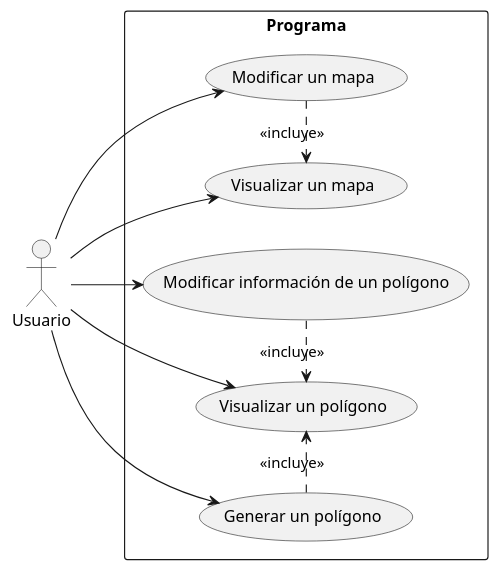
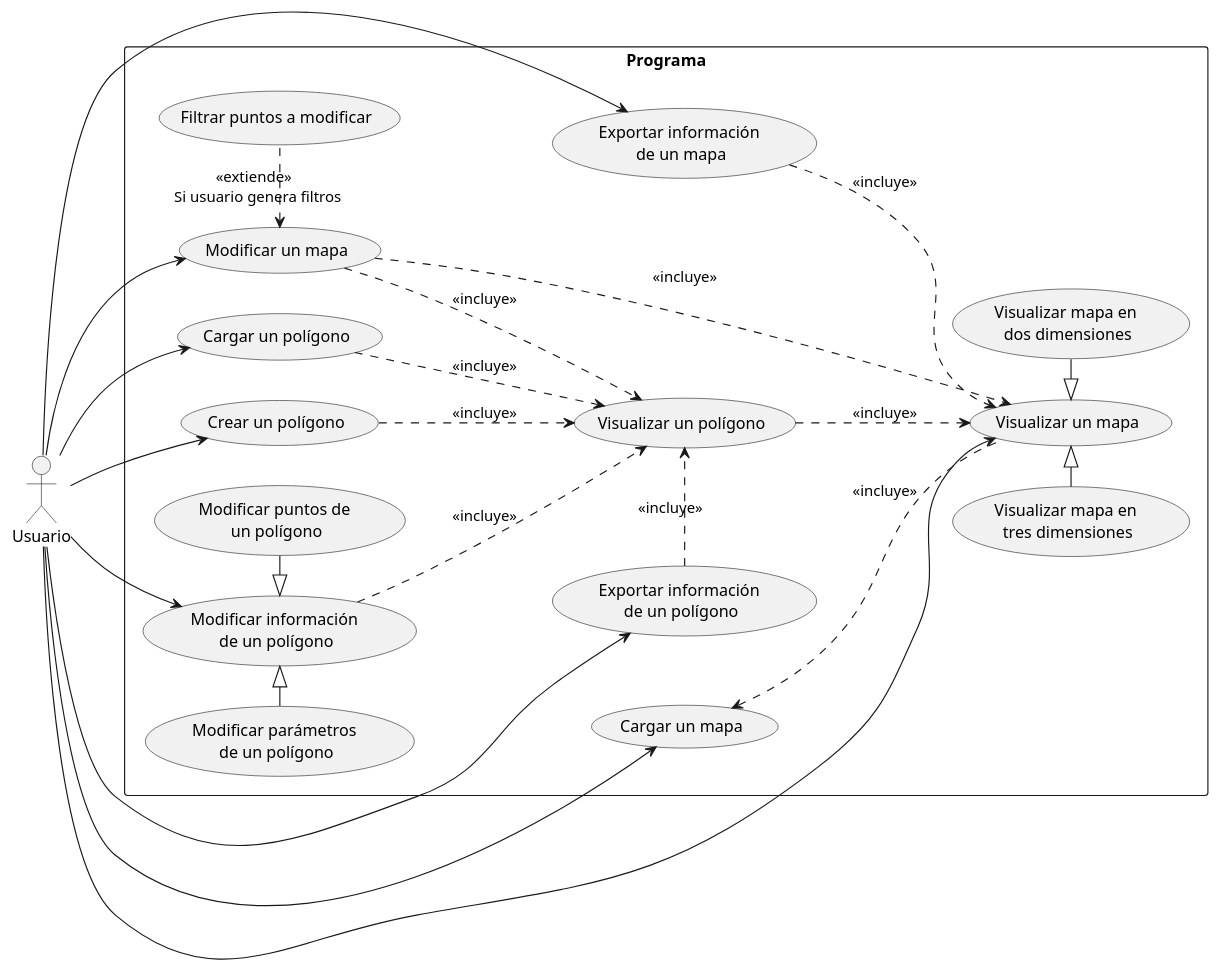
Before and after one commit to ferpoble2/Relief_Creator: the diagram in docs/use_case/program.puml, drawn with PlantUML.

Commit message:
Updated usecase of the program

```diff
--- a/docs/use_case/program.puml
+++ b/docs/use_case/program.puml
@@ -1,46 +1,98 @@
 @startuml
 'https://plantuml.com/use-case-diagram
 
 ':Main Admin: as Admin
 '(Use the application) as (Use)
 '
 'User -> (Start)
 'User --> (Use)
 '
 'Admin ---> (Use)
 '
 'note right of Admin : This is an example.
 '
 'note right of (Use)
 'A note can also
 'be on several lines
 'end note
 '
 'note "This note is connected\nto several objects." as N2
 '(Start) .. N2
 'N2 .. (Use)
 
 'skinparam actorStyle awesome
 'skinparam actorStyle Hollow
 
 left to right direction
+'skinparam usecaseFontSize 25
+'skinparam rectangleFontSize 25
+
+'rectangle Programa {
+'  usecase "Modificar un mapa" as UC1
+'  usecase "Visualizar un mapa" as UC2
+'  usecase "Generar un polígono" as UC3
+'  usecase "Modificar información de un polígono" as UC4
+'
+'  usecase "Visualizar un polígono" as UC5
+'  usecase "Modificar puntos de un polígono" as ModPuntos
+'  usecase "Modidicar parametros de un polígono" as ModParametros
+'}
+'
+'Usuario --> UC1
+'Usuario --> UC2
+'Usuario --> UC3
+'Usuario --> UC4
+'Usuario --> UC5
+'
+'ModPuntos -|> UC4
+'
+'UC1 .> UC2 : <<incluye>>
+'UC4 .> UC5 : <<incluye>>
+'UC3 .> UC5 : <<incluye>>
 
 rectangle Programa {
-  usecase "Modificar un mapa" as UC1
-  usecase "Visualizar un mapa" as UC2
-  usecase "Generar un polígono" as UC3
-  usecase "Modificar información de un polígono" as UC4
-  usecase "Visualizar un polígono" as UC5
+    usecase "Cargar un mapa" as cargar_mapa
+    usecase "Modificar un mapa" as mod_mapa
+    usecase "Visualizar un mapa" as viz_mapa
+    usecase "Cargar un polígono" as cargar_pol
+    usecase "Crear un polígono" as crear_pol
+    usecase "Modificar información \nde un polígono" as mod_info_pol
+    usecase "Modificar puntos de \nun polígono" as mod_puntos_pol
+    usecase "Modificar parámetros \nde un polígono" as mod_par_pol
+    usecase "Visualizar un polígono" as viz_pol
+    usecase "Exportar información \nde un polígono" as export_pol
+    usecase "Exportar información \nde un mapa" as export_mapa
+    usecase "Visualizar mapa en \ndos dimensiones" as viz_mapa_2d
+    usecase "Visualizar mapa en \ntres dimensiones" as viz_mapa_3d
+    usecase "Filtrar puntos a modificar" as app_filtros
 }
 
-Usuario --> UC1
-Usuario --> UC2
-Usuario --> UC3
-Usuario --> UC4
-Usuario --> UC5
+Usuario --> cargar_mapa
+Usuario --> viz_mapa
+Usuario --> mod_mapa
+'Usuario --> viz_pol
+Usuario --> mod_info_pol
+Usuario --> cargar_pol
+Usuario --> crear_pol
+Usuario --> export_mapa
+Usuario --> export_pol
 
-UC1 .> UC2 : <<incluye>>
-UC4 .> UC5 : <<incluye>>
-UC3 .> UC5 : <<incluye>>
+mod_mapa ..> viz_mapa : <<incluye>>
+viz_mapa -u.> cargar_mapa : <<incluye>>
+viz_pol ..> viz_mapa : <<incluye>>
+mod_info_pol ..> viz_pol : <<incluye>>
+crear_pol ..> viz_pol : <<incluye>>
+cargar_pol ..> viz_pol : <<incluye>>
+export_pol .> viz_pol : <<incluye>>
+export_mapa ..> viz_mapa : <<incluye>>
+mod_mapa ..> viz_pol : <<incluye>>
+
+mod_info_pol <|- mod_puntos_pol
+mod_par_pol -|> mod_info_pol
+
+viz_mapa <|- viz_mapa_2d
+viz_mapa_3d -|> viz_mapa
+
+mod_mapa <. app_filtros : <<extiende>> \n Si usuario genera filtros
 
 @enduml
```
